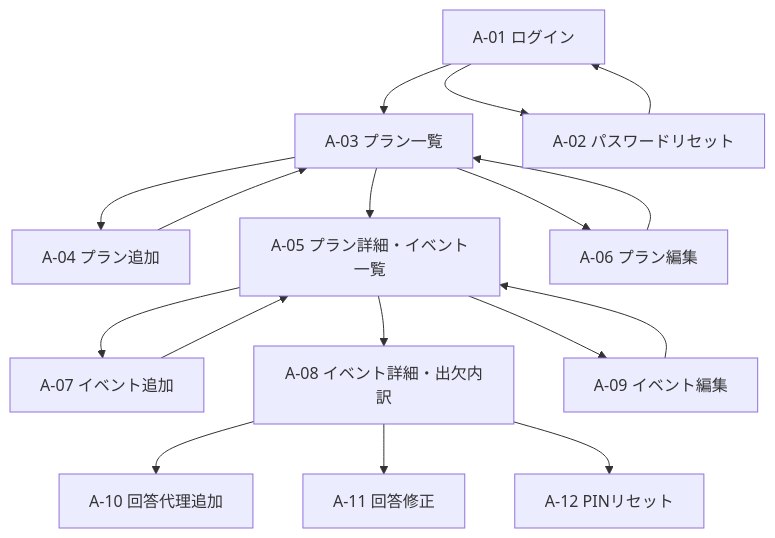
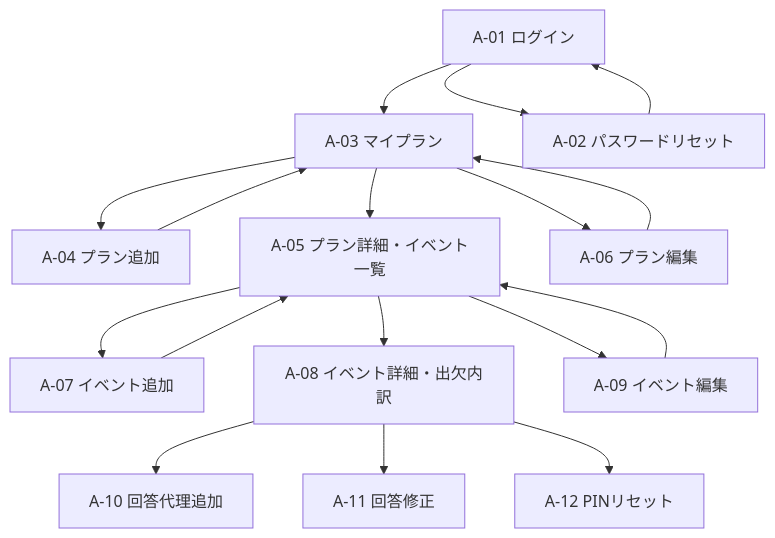
One commit to Bamboosato/rsvp-manager-app changed the first of 2 diagrams in docs/screen-specification.md. Above: the diagram before and after it, drawn with Mermaid. The commit also changed other lines of this file and 24 other files, not shown here.

````diff
--- a/docs/screen-specification.md
+++ b/docs/screen-specification.md
@@ -82,19 +82,19 @@
 ```mermaid
 flowchart TD
-  login["A-01 ログイン"] --> plans["A-03 プラン一覧"]
+  login["A-01 ログイン"] --> plans["A-03 マイプラン"]
   login --> reset["A-02 パスワードリセット"]
   reset --> login
   plans --> newPlan["A-04 プラン追加"]
   newPlan --> plans
   plans --> planDetail["A-05 プラン詳細・イベント一覧"]
   plans --> planEdit["A-06 プラン編集"]
   planEdit --> plans
   planDetail --> newEvent["A-07 イベント追加"]
   newEvent --> planDetail
   planDetail --> eventDetail["A-08 イベント詳細・出欠内訳"]
   planDetail --> eventEdit["A-09 イベント編集"]
   eventEdit --> planDetail
   eventDetail --> addResponse["A-10 回答代理追加"]
   eventDetail --> editResponse["A-11 回答修正"]
   eventDetail --> pinReset["A-12 PINリセット"]
 ```
````
